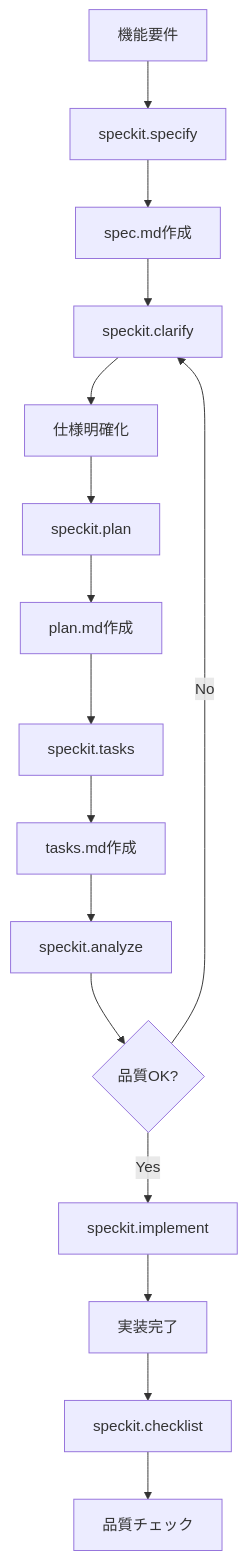
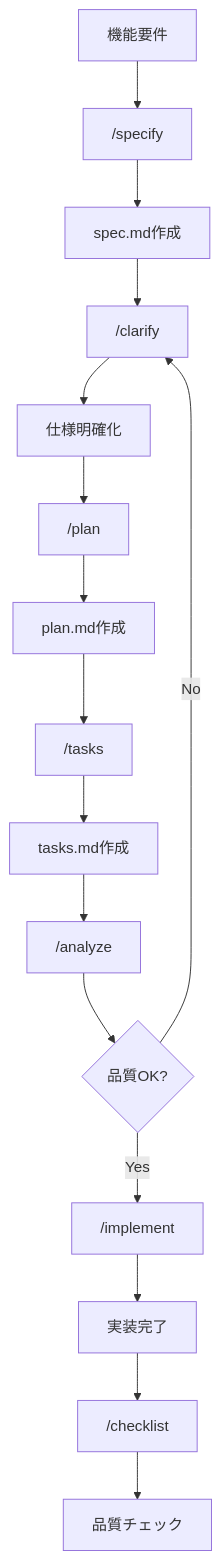
The diagram in README.md (seikatu-gakari/volunty), drawn with Mermaid before and after one commit. The commit also changed other lines of this file, not shown here.

````diff
--- a/README.md
+++ b/README.md
@@ -415,18 +307,18 @@
 ```mermaid
 graph TD
-    A[機能要件] --> B["speckit.specify"]
+    A[機能要件] --> B["/specify"]
     B --> C[spec.md作成]
-    C --> D["speckit.clarify"]
+    C --> D["/clarify"]
     D --> E[仕様明確化]
-    E --> F["speckit.plan"]
+    E --> F["/plan"]
     F --> G[plan.md作成]
-    G --> H["speckit.tasks"]
+    G --> H["/tasks"]
     H --> I[tasks.md作成]
-    I --> J["speckit.analyze"]
+    I --> J["/analyze"]
     J --> K{品質OK?}
     K -->|No| D
-    K -->|Yes| L["speckit.implement"]
+    K -->|Yes| L["/implement"]
     L --> M[実装完了]
-    M --> N["speckit.checklist"]
+    M --> N["/checklist"]
     N --> O[品質チェック]
 ```
````
